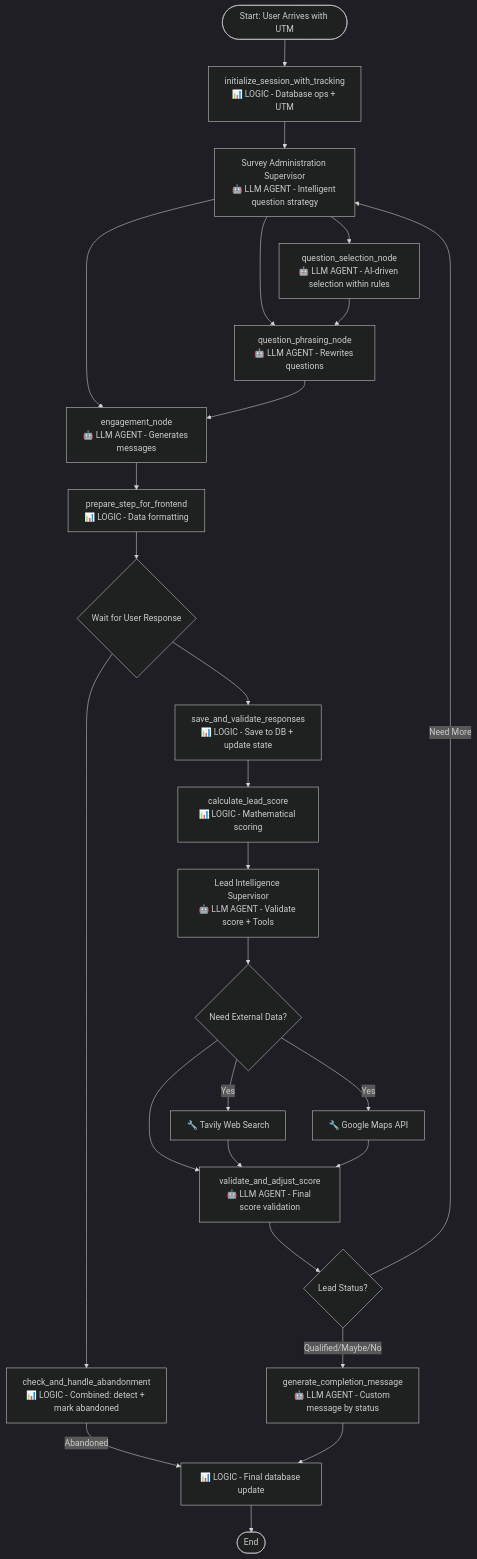
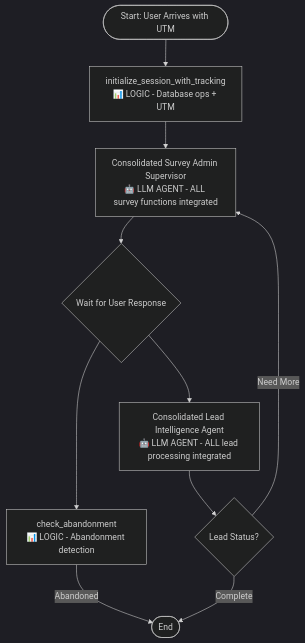
The diagram in CLAUDE.md (julie-berlin/pub-aie7-dynamic-leadgen), drawn with Mermaid (dark theme) before and after one commit. The commit also changed other lines of this file and 23 other files, not shown here.

Commit message:
simplify graph

````diff
--- a/CLAUDE.md
+++ b/CLAUDE.md
@@ -80,41 +79,17 @@
 ```mermaid
 graph TB
     Start([Start: User Arrives with UTM]) --> InitTrack[initialize_session_with_tracking<br/>📊 LOGIC - Database ops + UTM]
 
-    InitTrack --> SA[Survey Administration Supervisor<br/>🤖 LLM AGENT - Intelligent question strategy]
+    InitTrack --> SA[Consolidated Survey Admin Supervisor<br/>🤖 LLM AGENT - ALL survey functions integrated]
 
-    SA --> QS[question_selection_node<br/>🤖 LLM AGENT - AI-driven selection within rules]
-    SA --> QP[question_phrasing_node<br/>🤖 LLM AGENT - Rewrites questions]
-    SA --> EN[engagement_node<br/>🤖 LLM AGENT - Generates messages]
+    SA --> Wait{Wait for User Response}
+    Wait --> CheckAndMark[check_abandonment<br/>📊 LOGIC - Abandonment detection]
+    CheckAndMark -->|Abandoned| End([End])
 
-    QS --> QP
-    QP --> EN
-    EN --> PrepStep[prepare_step_for_frontend<br/>📊 LOGIC - Data formatting]
+    Wait --> LI[Consolidated Lead Intelligence Agent<br/>🤖 LLM AGENT - ALL lead processing integrated]
 
-    PrepStep --> Wait{Wait for User Response}
-    Wait --> CheckAndMark[check_and_handle_abandonment<br/>📊 LOGIC - Combined: detect + mark abandoned]
-    CheckAndMark -->|Abandoned| FinalSave
-
-    Wait --> SaveResponses[save_and_validate_responses<br/>📊 LOGIC - Save to DB + update state]
-
-    SaveResponses --> Score[calculate_lead_score<br/>📊 LOGIC - Mathematical scoring]
-
-    Score --> LI[Lead Intelligence Supervisor<br/>🤖 LLM AGENT - Validate score + Tools]
-
-    LI --> Tools{Need External Data?}
-    Tools -->|Yes| Tavily[🔧 Tavily Web Search]
-    Tools -->|Yes| Maps[🔧 Google Maps API]
-    Tools --> Validate[validate_and_adjust_score<br/>🤖 LLM AGENT - Final score validation]
-
-    Tavily --> Validate
-    Maps --> Validate
-
-    Validate --> Route{Lead Status?}
+    LI --> Route{Lead Status?}
 
     Route -->|Need More| SA
-    Route -->|Qualified/Maybe/No| Message[generate_completion_message<br/>🤖 LLM AGENT - Custom message by status]
-
-    Message --> FinalSave[📊 LOGIC - Final database update]
-
-    FinalSave --> End([End])
+    Route -->|Complete| End([End])
 ```
````
